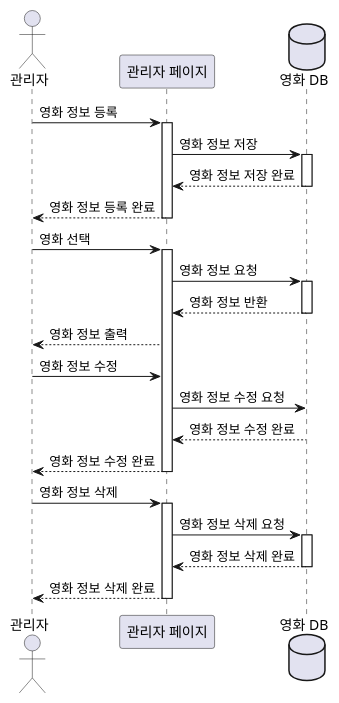
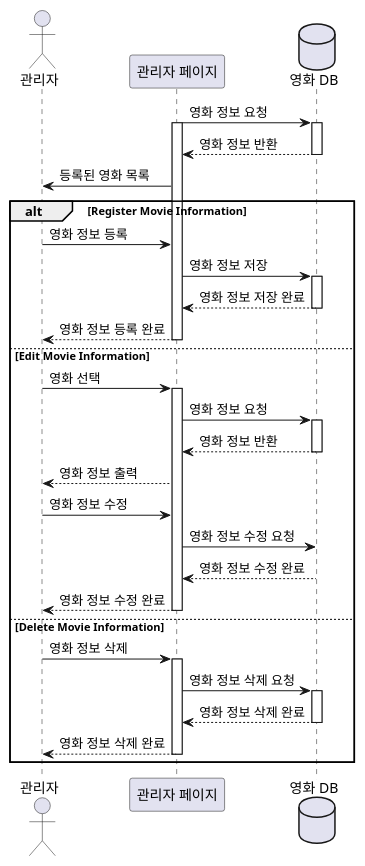
Before and after one commit to marmot8080/SWE: the diagram in src/sequence_manage.puml, drawn with PlantUML. The commit also changed 1 other file, not shown here.

Commit message:
Add Alternative Fragment to Sequence Diagram

```diff
--- a/src/sequence_manage.puml
+++ b/src/sequence_manage.puml
@@ -1,38 +1,52 @@
 @startuml
 
 actor "관리자" as admin
 participant "관리자 페이지" as adminPage
 database "영화 DB" as db
 
+adminPage -> db : 영화 정보 요청
+activate adminPage
+activate db
+db --> adminPage : 영화 정보 반환
+deactivate db
+adminPage -> admin : 등록된 영화 목록
+
+alt Register Movie Information
+
 admin -> adminPage : 영화 정보 등록
-activate adminPage
 adminPage -> db : 영화 정보 저장
 activate db
 db --> adminPage : 영화 정보 저장 완료
 deactivate db
 adminPage --> admin : 영화 정보 등록 완료
 deactivate adminPage
+
+else Edit Movie Information
 
 admin -> adminPage : 영화 선택
 activate adminPage
 adminPage -> db : 영화 정보 요청
 activate db
 db --> adminPage : 영화 정보 반환
 deactivate db
 adminPage --> admin : 영화 정보 출력
 admin -> adminPage : 영화 정보 수정
 adminPage -> db : 영화 정보 수정 요청
 db --> adminPage : 영화 정보 수정 완료
 adminPage --> admin : 영화 정보 수정 완료
 deactivate adminPage
 
+else Delete Movie Information
+
 admin -> adminPage : 영화 정보 삭제
 activate adminPage
 adminPage -> db : 영화 정보 삭제 요청
 activate db
 db --> adminPage : 영화 정보 삭제 완료
 deactivate db
 adminPage --> admin : 영화 정보 삭제 완료
 deactivate adminPage
 
+end
+
 @enduml
```
